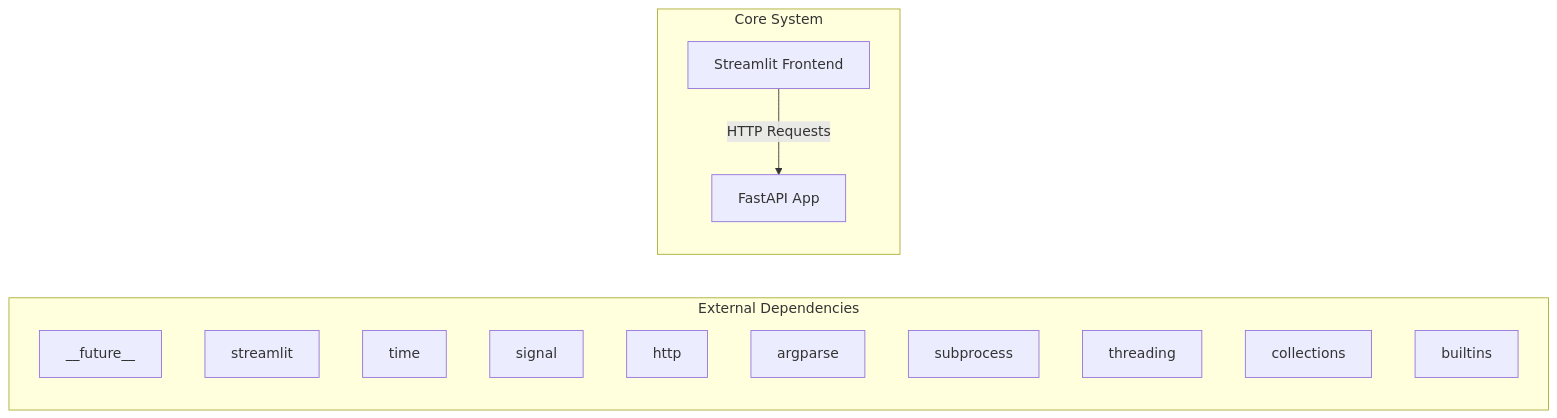
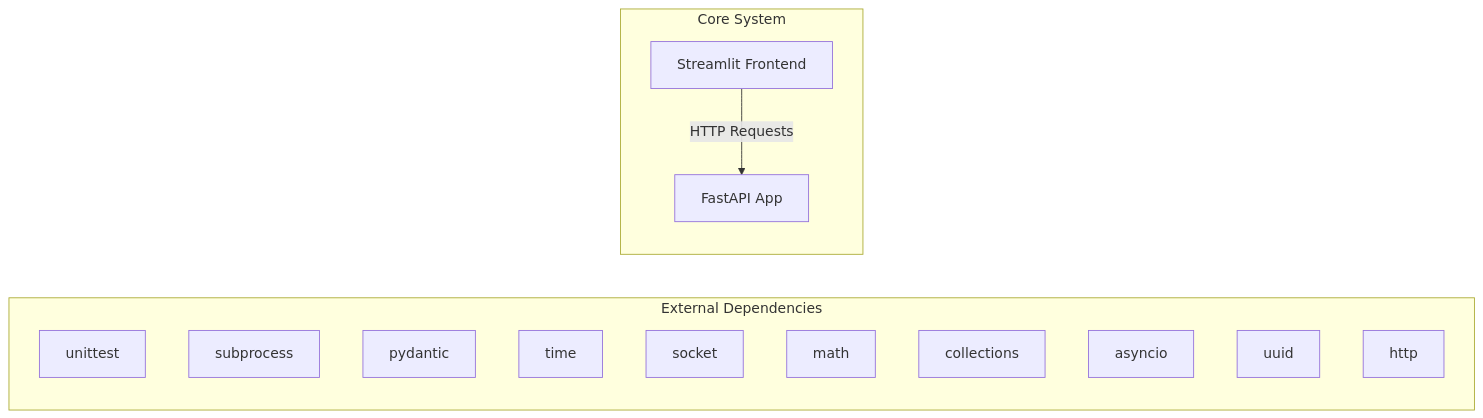
One commit to NITISH-R-G/rag-context-optimizer changed the first of 2 diagrams in docs/architecture.md. Above: the diagram before and after it, drawn with Mermaid. The commit also changed other lines of this file and 1 other file, not shown here.

Commit message:
docs: auto-update repository knowledge, architecture diagrams, and documentation

````diff
--- a/docs/architecture.md
+++ b/docs/architecture.md
@@ -7,20 +7,20 @@
 ```mermaid
 graph LR
     subgraph External Dependencies
-        E0["__future__"]
-        E1["streamlit"]
-        E2["time"]
-        E3["signal"]
-        E4["http"]
-        E5["argparse"]
-        E6["subprocess"]
-        E7["threading"]
-        E8["collections"]
-        E9["builtins"]
+        E0["unittest"]
+        E1["subprocess"]
+        E2["pydantic"]
+        E3["time"]
+        E4["socket"]
+        E5["math"]
+        E6["collections"]
+        E7["asyncio"]
+        E8["uuid"]
+        E9["http"]
     end
     subgraph Core System
         API["FastAPI App"]
         UI["Streamlit Frontend"]
     end
     UI -->|HTTP Requests| API
 ```
````
